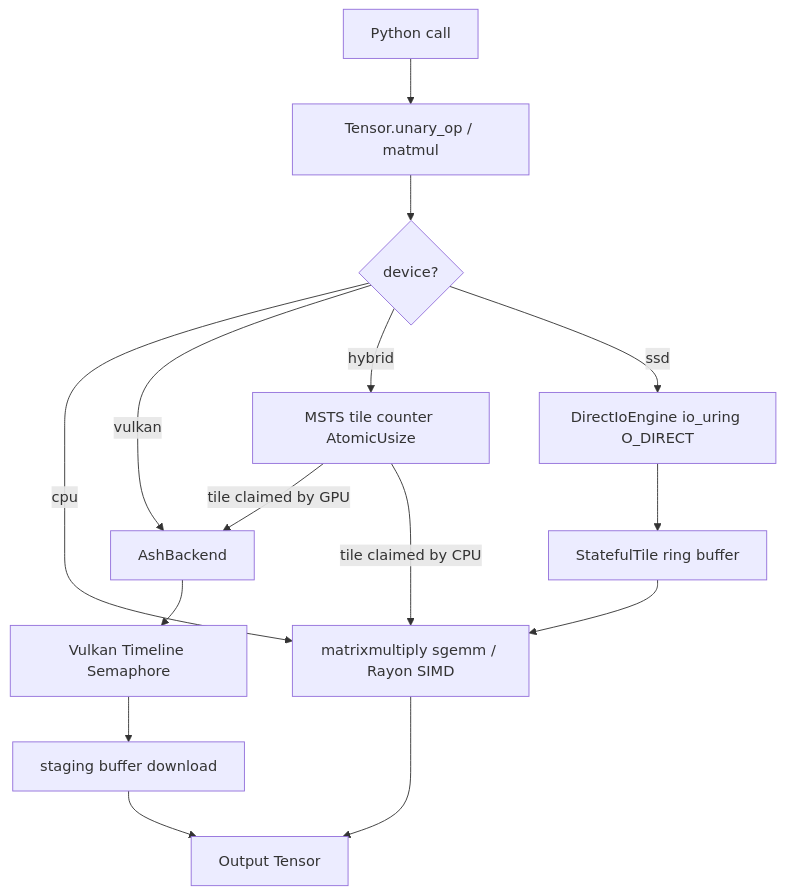
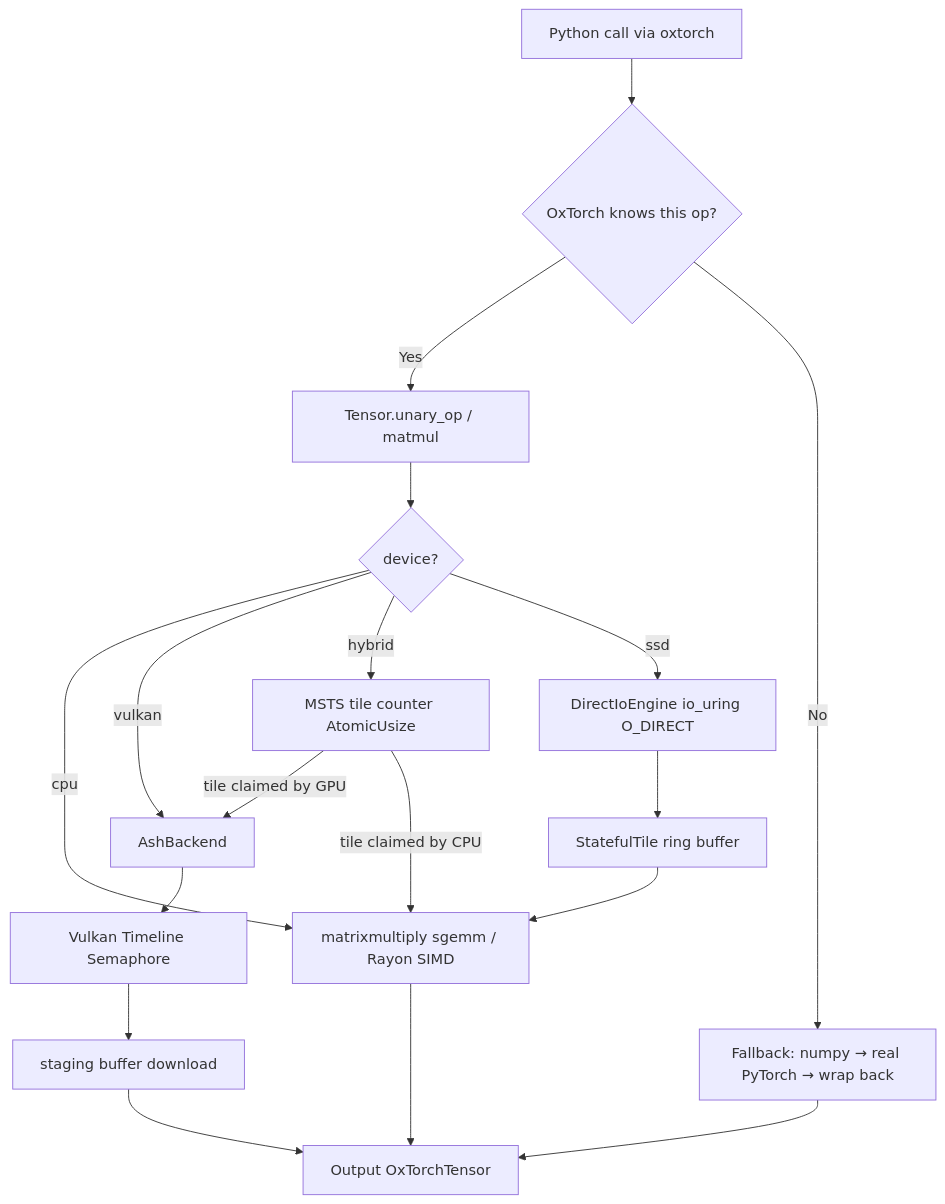
One commit to slavek-is-hyperreal/OxTorch changed the diagram in docs/architecture.md. Above: the diagram before and after it, drawn with Mermaid. The commit also changed other lines of this file and 5 other files, not shown here.

````diff
--- a/docs/architecture.md
+++ b/docs/architecture.md
@@ -155,17 +155,20 @@
 ```mermaid
 graph TD
-    A[Python call] --> B[Tensor.unary_op / matmul]
-    B --> C{device?}
-    C -- cpu --> D[matrixmultiply sgemm / Rayon SIMD]
-    C -- vulkan --> E[AshBackend]
-    C -- hybrid --> F[MSTS tile counter AtomicUsize]
-    F -- tile claimed by GPU --> E
-    F -- tile claimed by CPU --> D
-    C -- ssd --> G[DirectIoEngine io_uring O_DIRECT]
-    G --> H[StatefulTile ring buffer]
-    H --> D
-    E --> I[Vulkan Timeline Semaphore]
-    I --> J[staging buffer download]
-    D --> K[Output Tensor]
-    J --> K
+    A[Python call via oxtorch] --> B{OxTorch knows this op?}
+    B -- Yes --> C[Tensor.unary_op / matmul]
+    B -- No --> Z[Fallback: numpy → real PyTorch → wrap back]
+    C --> D{device?}
+    D -- cpu --> E[matrixmultiply sgemm / Rayon SIMD]
+    D -- vulkan --> F[AshBackend]
+    D -- hybrid --> G[MSTS tile counter AtomicUsize]
+    G -- tile claimed by GPU --> F
+    G -- tile claimed by CPU --> E
+    D -- ssd --> H[DirectIoEngine io_uring O_DIRECT]
+    H --> I[StatefulTile ring buffer]
+    I --> E
+    F --> J[Vulkan Timeline Semaphore]
+    J --> K[staging buffer download]
+    E --> L[Output OxTorchTensor]
+    K --> L
+    Z --> L
 ```
````
